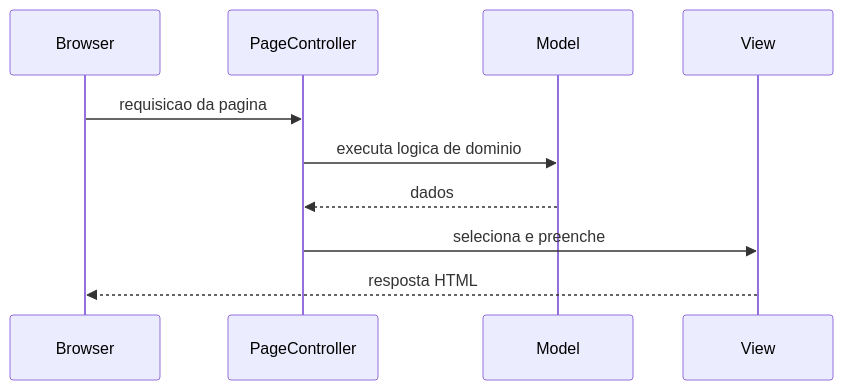
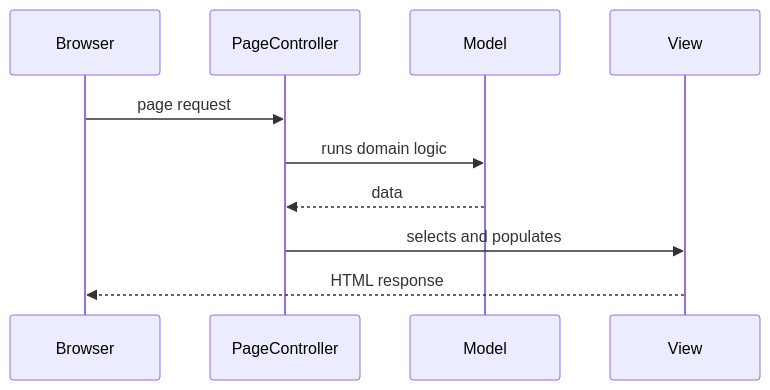
Before and after one commit to alancesar/design-patterns: the diagram in docs/application/poeaa/web-presentation/page-controller.md, drawn with Mermaid. The commit also changed 258 other files, not shown here.

First line of the commit message:
Translate Mermaid diagrams to English

````diff
--- a/docs/application/poeaa/web-presentation/page-controller.md
+++ b/docs/application/poeaa/web-presentation/page-controller.md
@@ -52,12 +52,12 @@
 ```mermaid
 sequenceDiagram
     participant Browser
     participant PageController
     participant Model
     participant View
-    Browser->>PageController: requisicao da pagina
-    PageController->>Model: executa logica de dominio
-    Model-->>PageController: dados
-    PageController->>View: seleciona e preenche
-    View-->>Browser: resposta HTML
+    Browser->>PageController: page request
+    PageController->>Model: runs domain logic
+    Model-->>PageController: data
+    PageController->>View: selects and populates
+    View-->>Browser: HTML response
 ```
````
